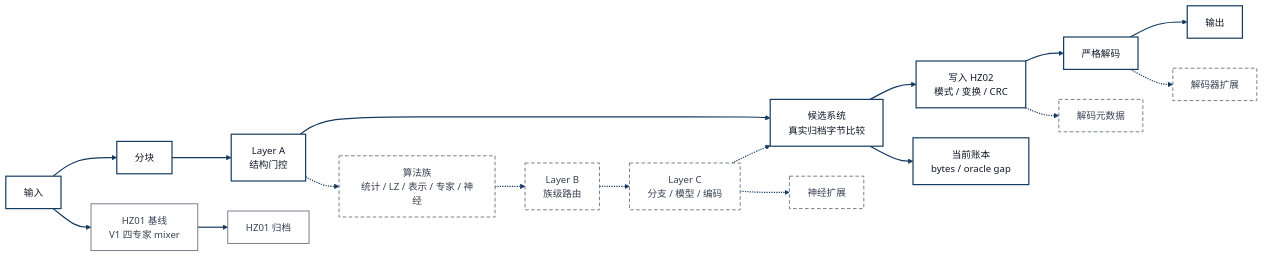
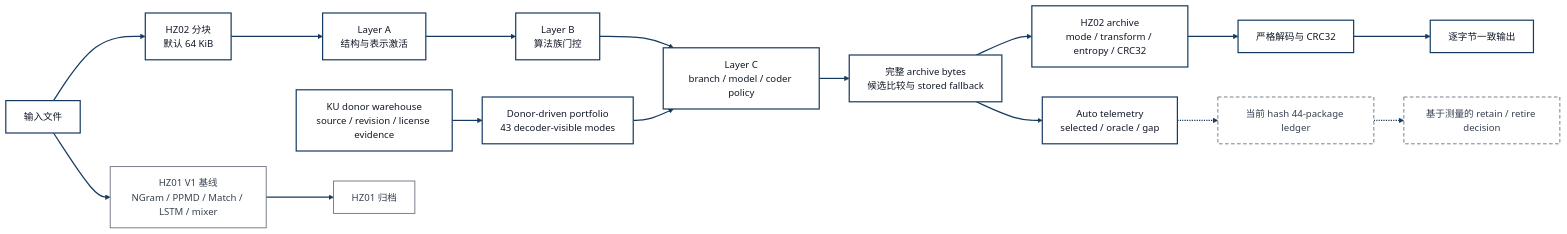
One commit to KennethParkerWang/HybridZip changed the diagram in figures/hybridzip-full-r2-architecture.md. Above: the diagram before and after it, drawn with Mermaid. The commit also changed other lines of this file and 129 other files, not shown here.

````diff
--- a/figures/hybridzip-full-r2-architecture.md
+++ b/figures/hybridzip-full-r2-architecture.md
@@ -5,20 +7,26 @@
 ```mermaid
-%% Logical Mermaid companion. Use hybridzip-full-r2-architecture.svg/.png for the fixed 16:9 PPT figure.
-%% Solid = implemented foundation. Dashed = planned extension.
+%% Solid = source-integrated HZ02 capability. Dashed = final measured decision still pending.
 flowchart LR
-    input[输入] --> blocks[分块] --> layerA[Layer A<br/>结构门控] --> candidates[候选系统<br/>真实归档字节比较] --> archive[写入 HZ02<br/>模式 / 变换 / CRC] --> decoder[严格解码] --> output[输出]
-    input --> hz01[HZ01 基线<br/>V1 四专家 mixer] --> hz01out[HZ01 归档]
-    layerA -.-> families[算法族<br/>统计 / LZ / 表示 / 专家 / 神经] -.-> layerB[Layer B<br/>族级路由] -.-> layerC[Layer C<br/>分支 / 模型 / 编码] -.-> candidates
-    candidates --> ledger[当前账本<br/>bytes / oracle gap]
-    layerC -.-> neural[神经扩展]
-    archive -.-> metadata[解码元数据]
-    decoder -.-> extension[解码器扩展]
+    warehouse[KU donor warehouse<br/>source / revision / license evidence] --> portfolio[Donor-driven portfolio<br/>43 decoder-visible modes]
+    input[输入文件] --> blocks[HZ02 分块<br/>默认 64 KiB]
+    blocks --> layerA[Layer A<br/>结构与表示激活]
+    layerA --> layerB[Layer B<br/>算法族门控]
+    layerB --> layerC[Layer C<br/>branch / model / coder policy]
+    portfolio --> layerC
+    layerC --> compare[完整 archive bytes<br/>候选比较与 stored fallback]
+    compare --> archive[HZ02 archive<br/>mode / transform / entropy / CRC32]
+    archive --> decoder[严格解码与 CRC32]
+    decoder --> output[逐字节一致输出]
+    input --> hz01[HZ01 V1 基线<br/>NGram / PPMD / Match / LSTM / mixer] --> hz01archive[HZ01 归档]
+    compare --> telemetry[Auto telemetry<br/>selected / oracle / gap]
+    telemetry -.-> ledger[当前 hash 44-package ledger]
+    ledger -.-> decision[基于测量的 retain / retire decision]
 
     classDef current fill:#FFFFFF,stroke:#163A5F,stroke-width:2px,color:#111827;
     classDef baseline fill:#FFFFFF,stroke:#6B7280,stroke-width:1.5px,color:#374151;
-    classDef planned fill:#FFFFFF,stroke:#6B7280,stroke-width:1.5px,stroke-dasharray:6 4,color:#374151;
-    class input,blocks,layerA,candidates,archive,decoder,output,ledger current;
-    class hz01,hz01out baseline;
-    class families,layerB,layerC,neural,metadata,extension planned;
+    classDef pending fill:#FFFFFF,stroke:#6B7280,stroke-width:1.5px,stroke-dasharray:6 4,color:#374151;
+    class warehouse,portfolio,input,blocks,layerA,layerB,layerC,compare,archive,decoder,output,telemetry current;
+    class hz01,hz01archive baseline;
+    class ledger,decision pending;
     linkStyle default stroke:#163A5F,stroke-width:2px;
 ```
````
